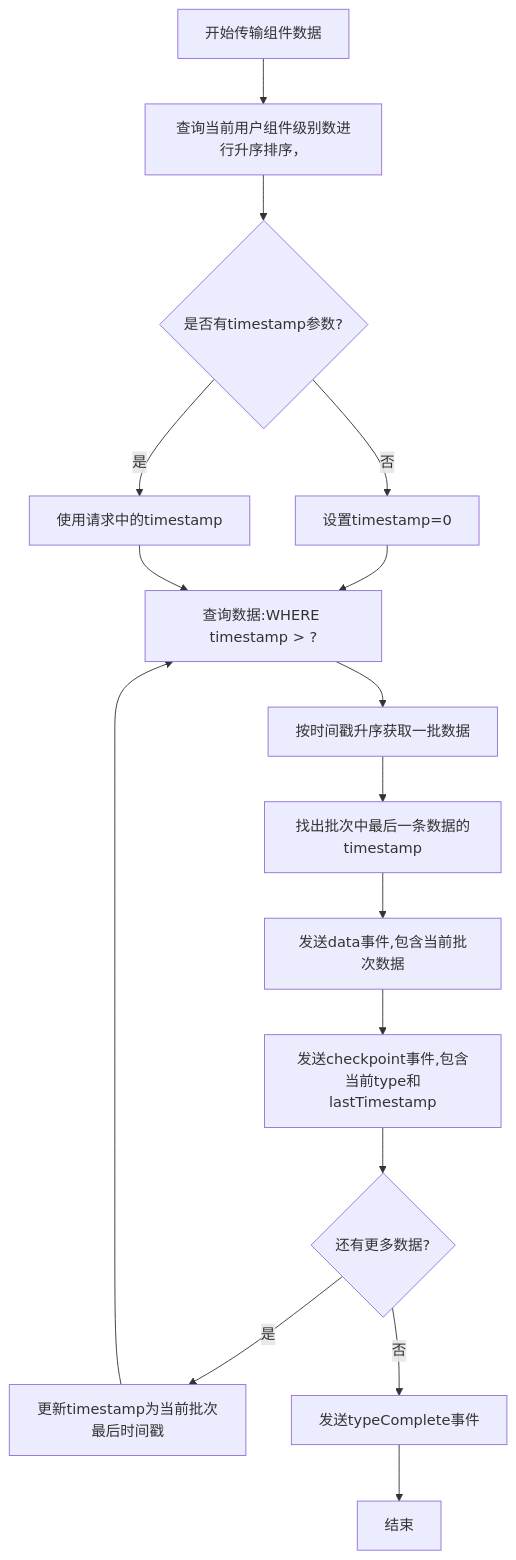
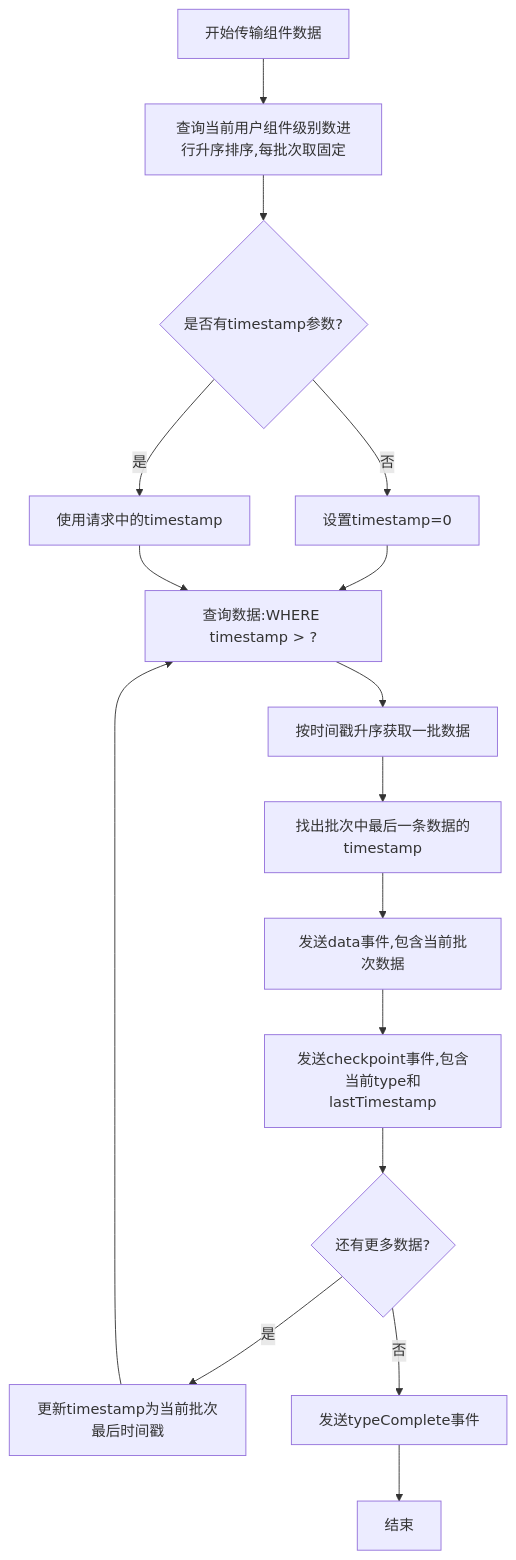
The diagram in all/未命名-59.md (yingjianzh/iodraw-files), drawn with Mermaid before and after one commit.

Commit message:
2025-05-14 15:23:14 update

````diff
--- a/all/未命名-59.md
+++ b/all/未命名-59.md
@@ -1,24 +1,24 @@
 ```mermaid
 flowchart TD
-    A[开始传输组件数据] --> B[查询当前用户组件级别数进行升序排序，]
+    A[开始传输组件数据] --> B[查询当前用户组件级别数进行升序排序,每批次取固定]
     
     B --> C{是否有timestamp参数?}
     C -->|否| D[设置timestamp=0]
     C -->|是| E[使用请求中的timestamp]
     
     D --> F[查询数据:WHERE timestamp > ?]
     E --> F
     
     F --> G[按时间戳升序获取一批数据]
     G --> H[找出批次中最后一条数据的timestamp]
     
     H --> I[发送data事件,包含当前批次数据]
     I --> J[发送checkpoint事件,包含当前type和lastTimestamp]
     
     J --> K{还有更多数据?}
     K -->|是| L[更新timestamp为当前批次最后时间戳]
     L --> F
     
     K -->|否| M[发送typeComplete事件]
     M --> N[结束]
 ```
````
